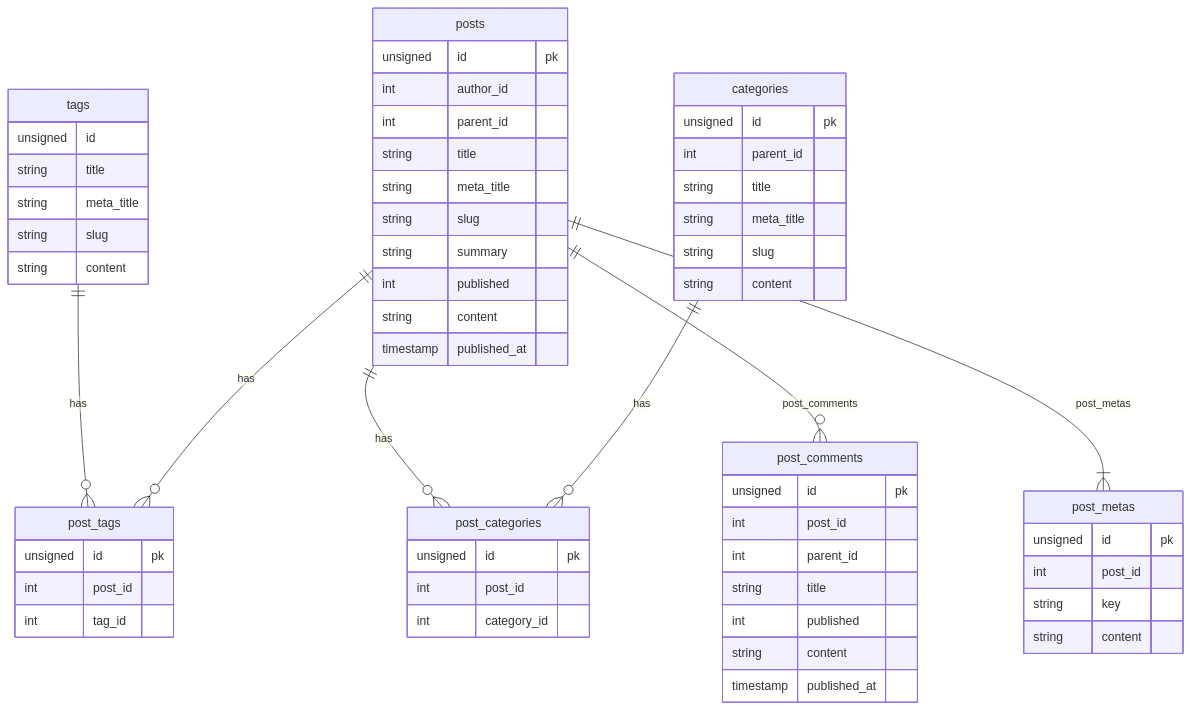
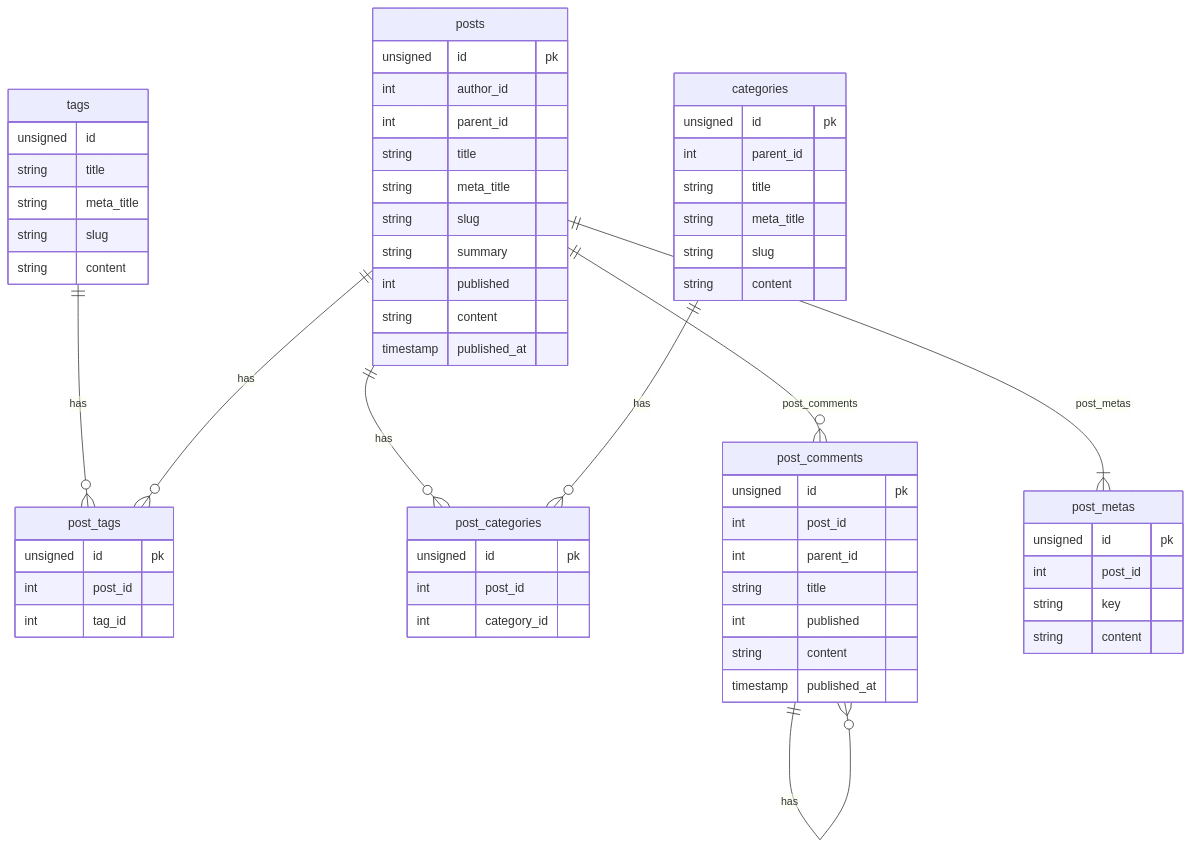
The diagram in README.md (MilanChathuranga/Blog), drawn with Mermaid before and after one commit.

Commit message:
Update README.md
add self relationship to post_comment table

````diff
--- a/README.md
+++ b/README.md
@@ -1,64 +1,65 @@
 ```mermaid
  erDiagram
     posts{
         unsigned id pk
         int author_id
         int parent_id
         string title
         string meta_title
         string slug
         string summary
         int published
         string content
         timestamp published_at
     }
     tags||--o{post_tags: has
     posts||--o{post_tags:has
     posts||--o{post_categories:has
     tags {
         unsigned id
         string title
         string meta_title
         string slug
         string content
 
     }
     categories||--o{post_categories:has
         categories{
         unsigned id pk
         int parent_id
         string title
         string meta_title
         string slug
         string  content
     }
     post_categories{
         unsigned id pk
         int post_id
         int category_id
     }
     posts||--o{post_comments:post_comments
+    post_comments ||--o{post_comments:has
     post_comments{
         unsigned id pk
         int post_id
         int parent_id
         string title
         int published
         string content
         timestamp published_at
     }
 
     posts||--|{post_metas:post_metas
     post_metas{
         unsigned id pk
         int post_id
         string key
         string content
     }
     post_tags{ 
         unsigned id pk
         int post_id
         int tag_id
     }
 
 ```
````
